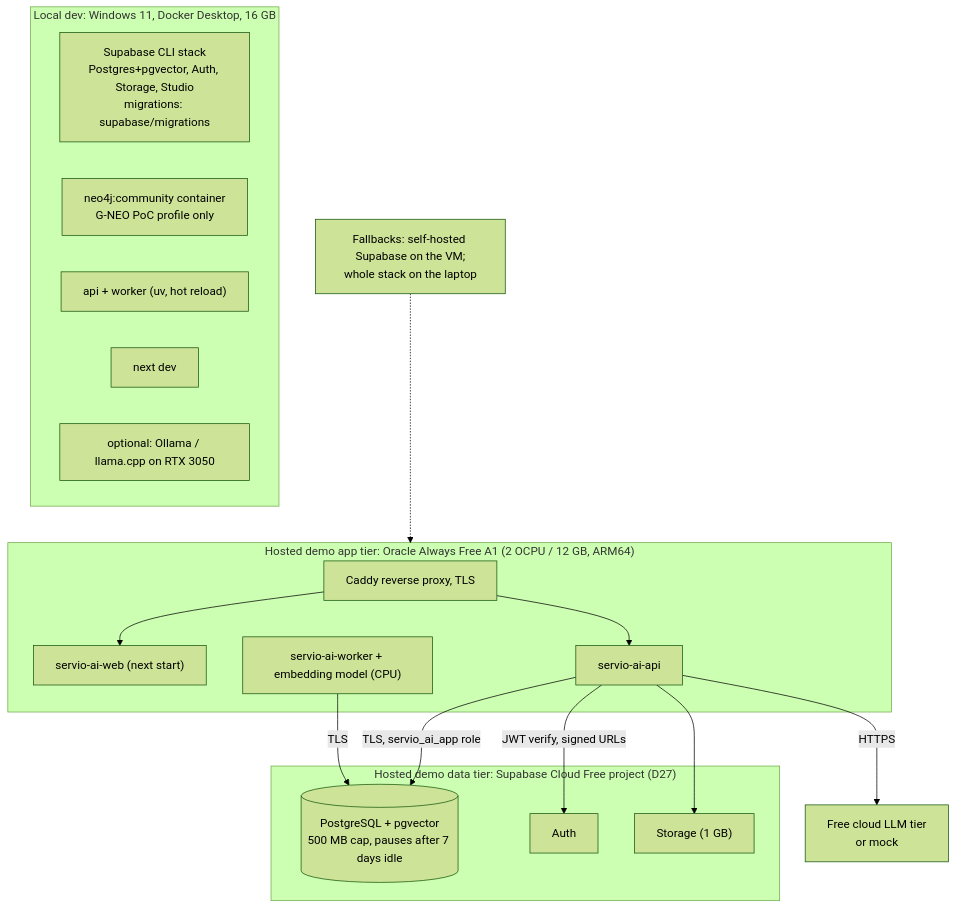
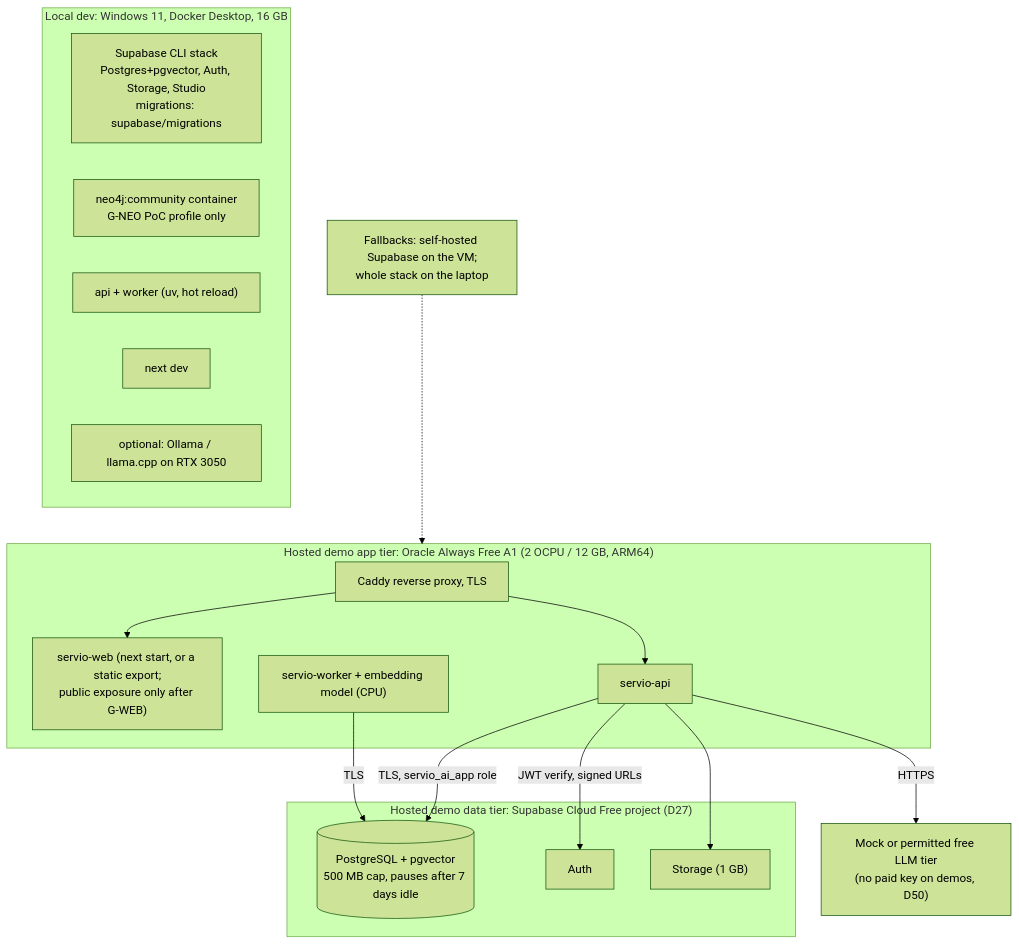
One commit to moamedmer68-commits/Servio changed the seventh of 8 diagrams in docs/planning/MASTER_PLAN.md. Above: the diagram before and after it, drawn with Mermaid (forest theme). The commit also changed other lines of this file and 2 other files, not shown here.

````diff
--- a/docs/planning/MASTER_PLAN.md
+++ b/docs/planning/MASTER_PLAN.md
@@ -861,29 +921,29 @@
 ```mermaid
 flowchart TB
     subgraph LAPTOP["Local dev: Windows 11, Docker Desktop, 16 GB"]
         SBCLI["Supabase CLI stack<br/>Postgres+pgvector, Auth, Storage, Studio<br/>migrations: supabase/migrations"]
         NEOL["neo4j:community container<br/>G-NEO PoC profile only"]
         APIL["api + worker (uv, hot reload)"]
         WEBL["next dev"]
         OLL["optional: Ollama / llama.cpp on RTX 3050"]
     end
     subgraph SBC["Hosted demo data tier: Supabase Cloud Free project (D27)"]
         SBDB[("PostgreSQL + pgvector<br/>500 MB cap, pauses after 7 days idle")]
         SBAUTH["Auth"]
         SBST["Storage (1 GB)"]
     end
     subgraph VM["Hosted demo app tier: Oracle Always Free A1 (2 OCPU / 12 GB, ARM64)"]
         CADDY["Caddy reverse proxy, TLS"]
-        APIV["servio-ai-api"]
-        WRKV["servio-ai-worker + embedding model (CPU)"]
-        WEBV["servio-ai-web (next start)"]
+        APIV["servio-api"]
+        WRKV["servio-worker + embedding model (CPU)"]
+        WEBV["servio-web (next start, or a static export;<br/>public exposure only after G-WEB)"]
         CADDY --> WEBV
         CADDY --> APIV
     end
     APIV -->|TLS, servio_ai_app role| SBDB
     WRKV -->|TLS| SBDB
     APIV -->|JWT verify, signed URLs| SBAUTH
     APIV --> SBST
-    APIV -->|HTTPS| FREE["Free cloud LLM tier<br/>or mock"]
+    APIV -->|HTTPS| FREE["Mock or permitted free LLM tier<br/>(no paid key on demos, D50)"]
     FB["Fallbacks: self-hosted Supabase on the VM;<br/>whole stack on the laptop"] -.-> VM
 ```
````
